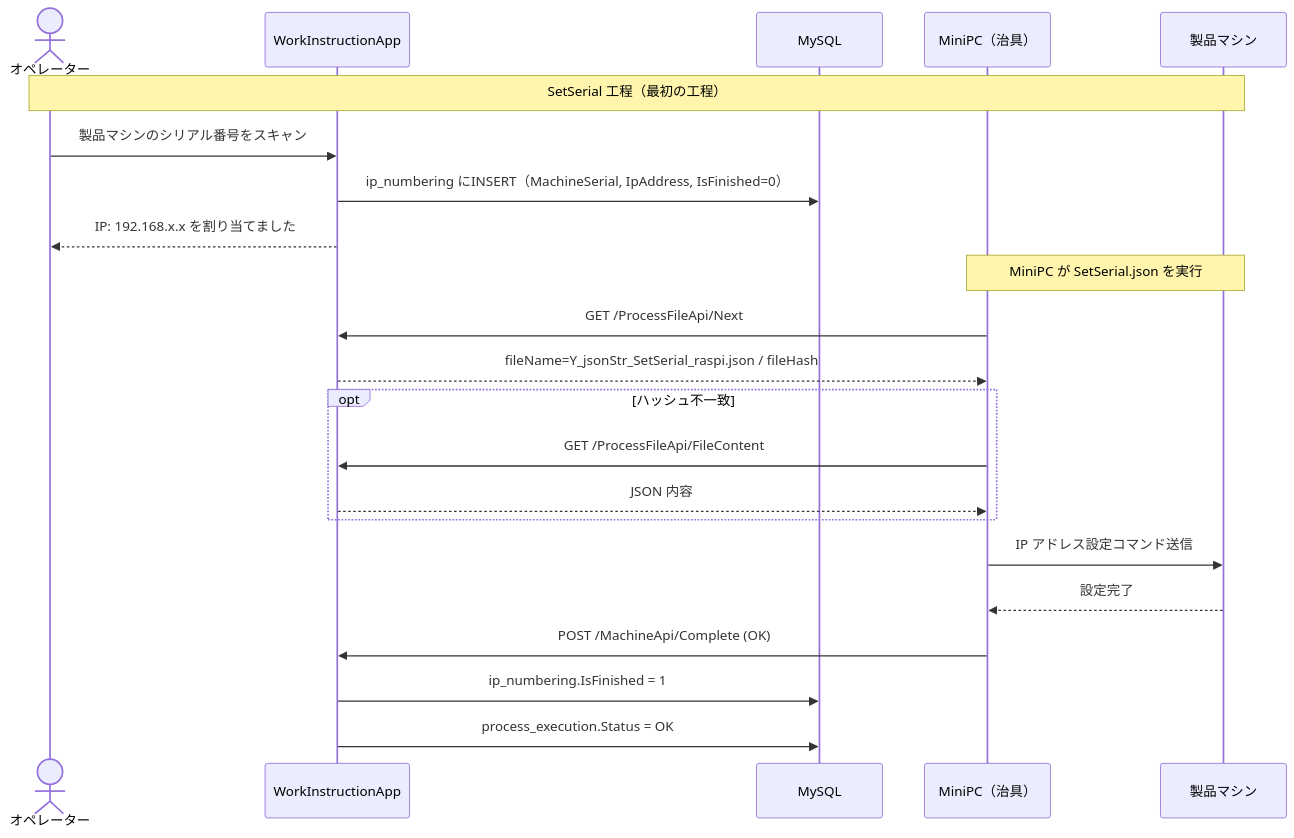
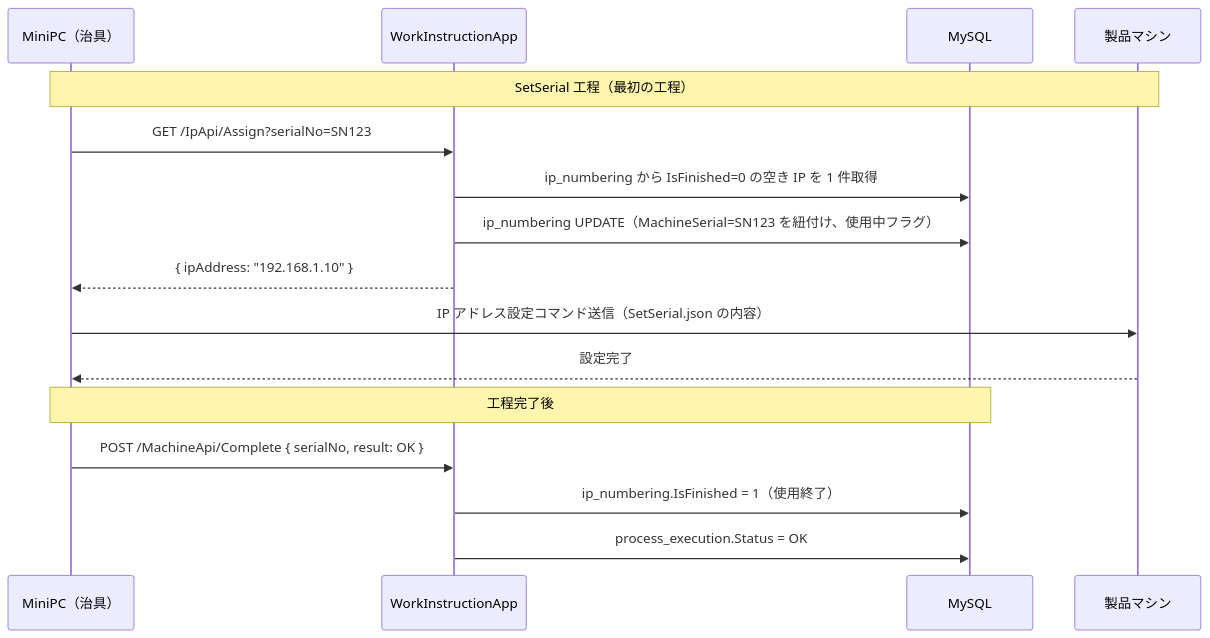
Before and after one commit to namagi14-lab/spica-warranty-design: the second of 9 diagrams in docs/07_system_design.md, drawn with Mermaid. The commit also changed other lines of this file, not shown here.

````diff
--- a/docs/07_system_design.md
+++ b/docs/07_system_design.md
@@ -93,28 +100,22 @@
 ```mermaid
 sequenceDiagram
-    actor Op as オペレーター
+    participant MiniPC as MiniPC（治具）
     participant App as WorkInstructionApp
     participant DB as MySQL
-    participant MiniPC as MiniPC（治具）
     participant Machine as 製品マシン
 
-    Note over Op,Machine: SetSerial 工程（最初の工程）
+    Note over MiniPC,Machine: SetSerial 工程（最初の工程）
 
-    Op->>App: 製品マシンのシリアル番号をスキャン
-    App->>DB: ip_numbering にINSERT（MachineSerial, IpAddress, IsFinished=0）
-    App-->>Op: IP: 192.168.x.x を割り当てました
+    MiniPC->>App: GET /IpApi/Assign?serialNo=SN123
+    App->>DB: ip_numbering から IsFinished=0 の空き IP を 1 件取得
+    App->>DB: ip_numbering UPDATE（MachineSerial=SN123 を紐付け、使用中フラグ）
+    App-->>MiniPC: { ipAddress: "192.168.1.10" }
 
-    Note over MiniPC,Machine: MiniPC が SetSerial.json を実行
-    MiniPC->>App: GET /ProcessFileApi/Next
-    App-->>MiniPC: fileName=Y_jsonStr_SetSerial_raspi.json / fileHash
-    opt ハッシュ不一致
-        MiniPC->>App: GET /ProcessFileApi/FileContent
-        App-->>MiniPC: JSON 内容
-    end
-    MiniPC->>Machine: IP アドレス設定コマンド送信
+    MiniPC->>Machine: IP アドレス設定コマンド送信（SetSerial.json の内容）
     Machine-->>MiniPC: 設定完了
 
-    MiniPC->>App: POST /MachineApi/Complete (OK)
-    App->>DB: ip_numbering.IsFinished = 1
+    Note over MiniPC,DB: 工程完了後
+    MiniPC->>App: POST /MachineApi/Complete { serialNo, result: OK }
+    App->>DB: ip_numbering.IsFinished = 1（使用終了）
     App->>DB: process_execution.Status = OK
 ```
````
